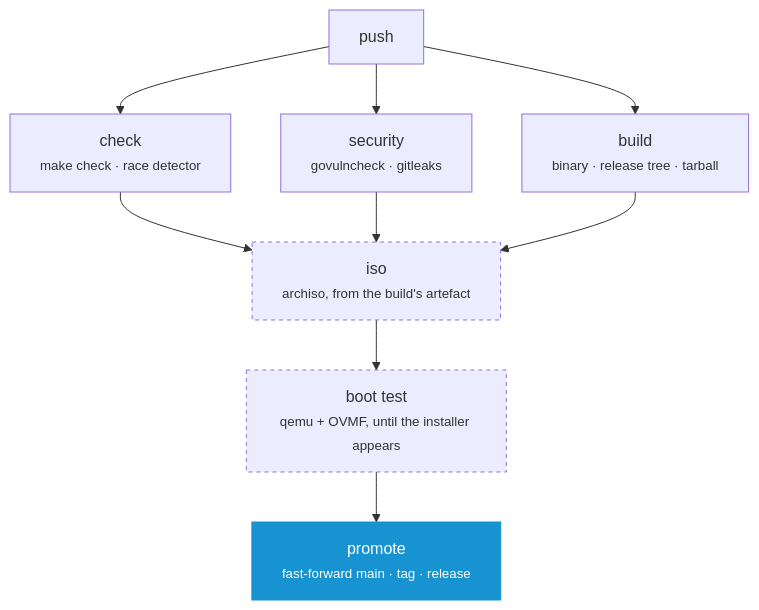
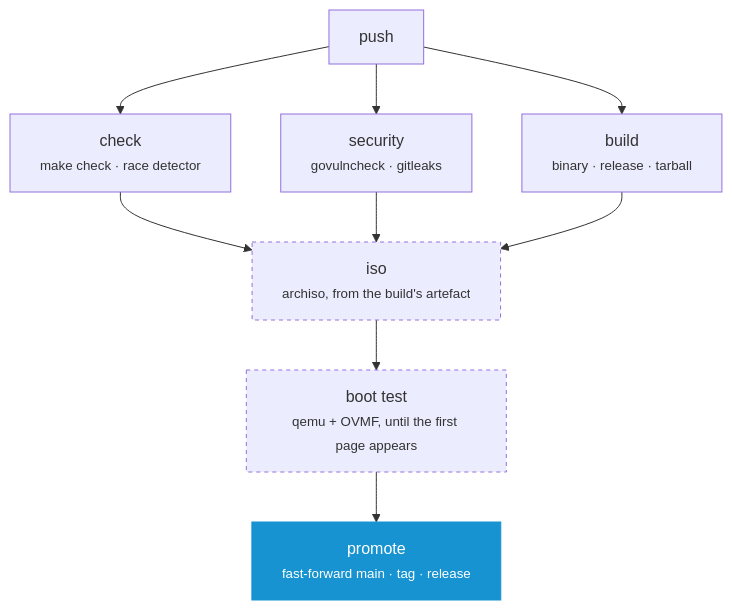
Before and after one commit to murkl/arch-os: the second of 2 diagrams in CONTRIBUTING.md, drawn with Mermaid. The commit also changed other lines of this file and 61 other files, not shown here.

````diff
--- a/CONTRIBUTING.md
+++ b/CONTRIBUTING.md
@@ -47,15 +47,15 @@
 ```mermaid
 flowchart TD
     P["push"] --> C["check<br/><small>make check · race detector</small>"]
     P --> S["security<br/><small>govulncheck · gitleaks</small>"]
-    P --> B["build<br/><small>binary · release tree · tarball</small>"]
+    P --> B["build<br/><small>binary · release · tarball</small>"]
     C --> I
     S --> I
     B --> I["iso<br/><small>archiso, from the build's artefact</small>"]
-    I --> K["boot test<br/><small>qemu + OVMF, until the installer appears</small>"]
+    I --> K["boot test<br/><small>qemu + OVMF, until the first page appears</small>"]
     K --> M["promote<br/><small>fast-forward main · tag · release</small>"]
 
     style I stroke-dasharray: 4 4
     style K stroke-dasharray: 4 4
     style M fill:#1793d1,stroke:#1793d1,color:#fff
 ```
````
